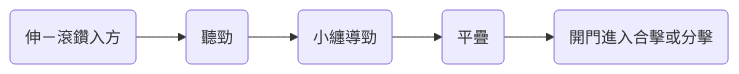
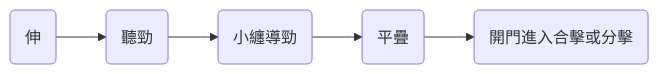
One commit to hfyeh/taiji changed the diagram in chap03/小纏.md. Above: the diagram before and after it, drawn with Mermaid.

````diff
--- a/chap03/小纏.md
+++ b/chap03/小纏.md
@@ -21,7 +21,7 @@
 ```mermaid
 graph LR
-    A(伸－滾鑽入方) --> B(聽勁)
+    A(伸) --> B(聽勁)
     B --> C(小纏導勁)
     C --> D(平疊)
     D --> E(開門進入合擊或分擊)
 ```
````
